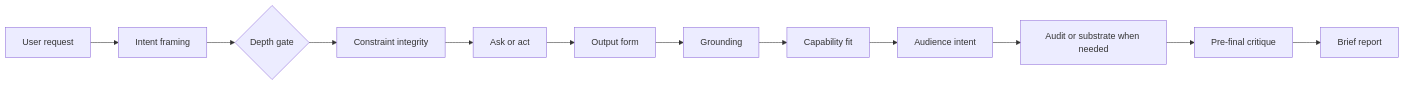
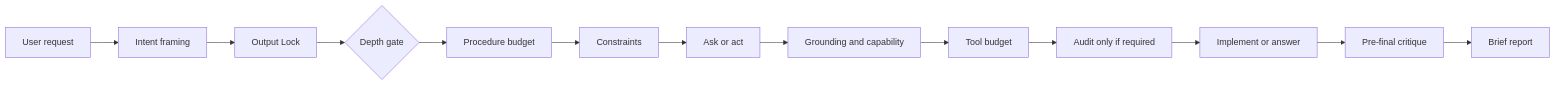
One commit to Nam-Cheol/codex-fable-mode changed the diagram in README.en.md. Above: the diagram before and after it, drawn with Mermaid. The commit also changed other lines of this file and 7 other files, not shown here.

Commit message:
Add output, procedure, and tool budgets to fable-mode

````diff
--- a/README.en.md
+++ b/README.en.md
@@ -36,14 +39,15 @@
 ```mermaid
 flowchart LR
     A["User request"] --> B["Intent framing"]
-    B --> C{"Depth gate"}
-    C --> D["Constraint integrity"]
-    D --> E["Ask or act"]
-    E --> F["Output form"]
-    F --> G["Grounding"]
-    G --> H["Capability fit"]
-    H --> I["Audience intent"]
-    I --> J["Audit or substrate when needed"]
-    J --> K["Pre-final critique"]
-    K --> L["Brief report"]
+    B --> C["Output Lock"]
+    C --> D{"Depth gate"}
+    D --> E["Procedure budget"]
+    E --> F["Constraints"]
+    F --> G["Ask or act"]
+    G --> H["Grounding and capability"]
+    H --> I["Tool budget"]
+    I --> J["Audit only if required"]
+    J --> K["Implement or answer"]
+    K --> L["Pre-final critique"]
+    L --> M["Brief report"]
 ```
````
